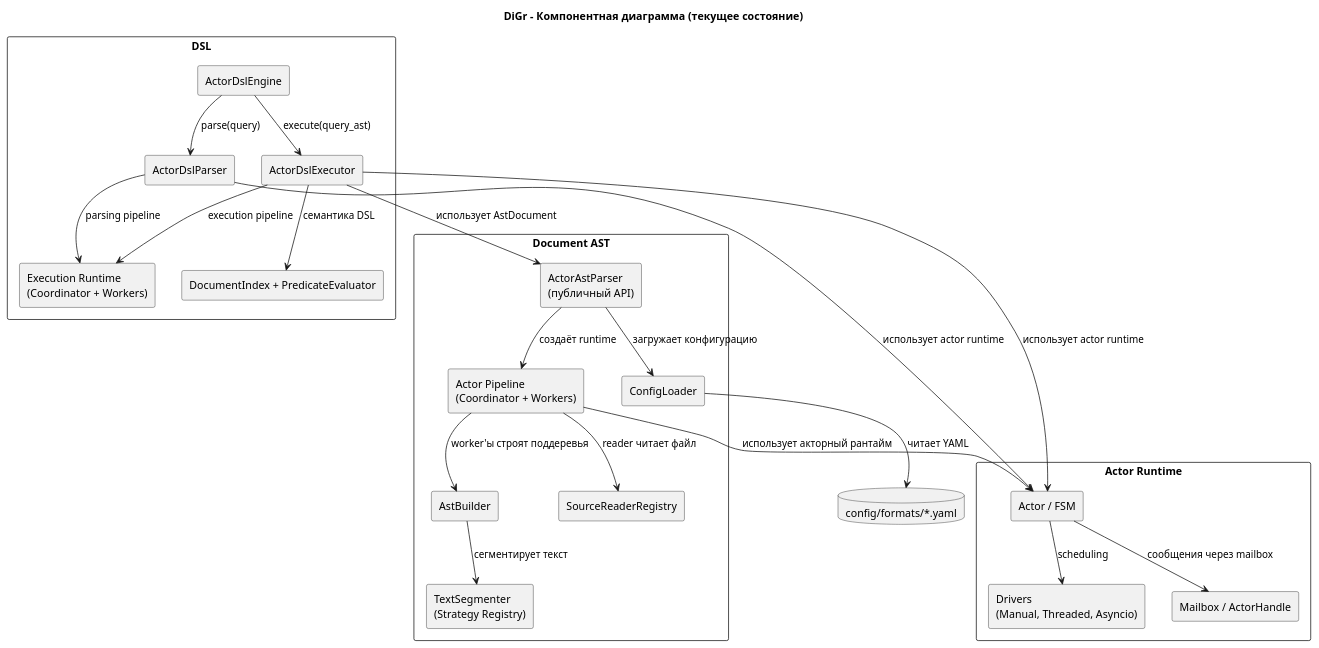
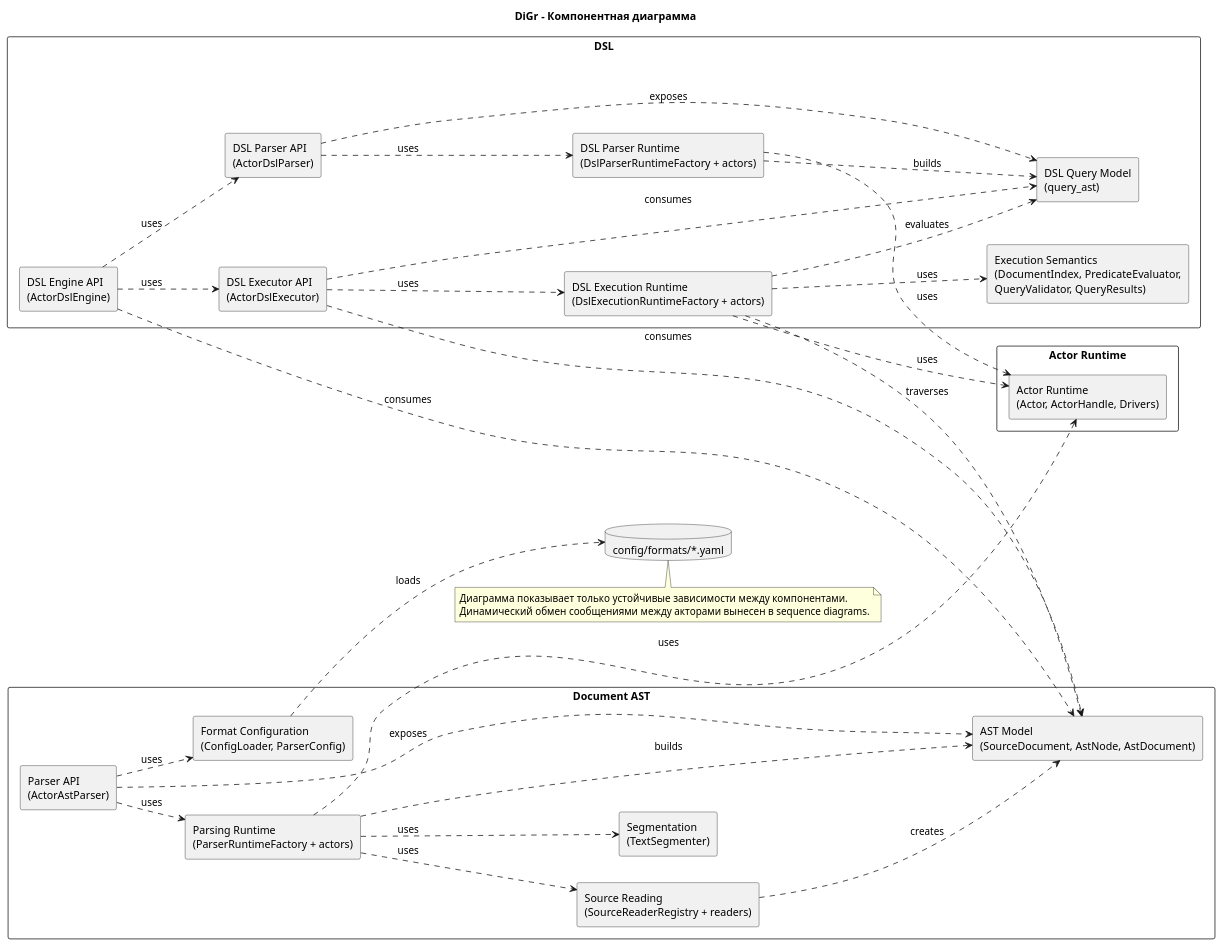
Before and after one commit to Forthey/DiGr: the diagram in docs/uml/component_overview.puml, drawn with PlantUML. The commit also changed 24 other files, not shown here.

```diff
--- a/docs/uml/component_overview.puml
+++ b/docs/uml/component_overview.puml
@@ -1,56 +1,71 @@
 @startuml
+left to right direction
 skinparam shadowing false
 skinparam componentStyle rectangle
 skinparam packageStyle rectangle
 
-title DiGr - Компонентная диаграмма (текущее состояние)
+title DiGr - Компонентная диаграмма
+
+package "Actor Runtime" as actor {
+  component "Actor Runtime\n(Actor, ActorHandle, Drivers)" as actor_runtime
+}
 
 package "Document AST" as ast {
-  [ActorAstParser\n(публичный API)] as api
-  [ConfigLoader] as cl
-  [Actor Pipeline\n(Coordinator + Workers)] as pipeline
-  [AstBuilder] as builder
-  [TextSegmenter\n(Strategy Registry)] as seg
-  [SourceReaderRegistry] as srr
-}
-
-package "Actor Runtime" as actor {
-  [Actor / FSM] as core
-  [Drivers\n(Manual, Threaded, Asyncio)] as drivers
-  [Mailbox / ActorHandle] as mh
+  component "Parser API\n(ActorAstParser)" as ast_api
+  component "Format Configuration\n(ConfigLoader, ParserConfig)" as ast_config
+  component "Parsing Runtime\n(ParserRuntimeFactory + actors)" as ast_runtime
+  component "Source Reading\n(SourceReaderRegistry + readers)" as ast_source
+  component "Segmentation\n(TextSegmenter)" as ast_seg
+  component "AST Model\n(SourceDocument, AstNode, AstDocument)" as ast_model
 }
 
 package "DSL" as dsl {
-  [ActorDslParser] as dsl_parser
-  [ActorDslExecutor] as dsl_executor
-  [ActorDslEngine] as dsl_engine
-  [Execution Runtime\n(Coordinator + Workers)] as dsl_runtime
-  [DocumentIndex + PredicateEvaluator] as dsl_eval
+  component "DSL Parser API\n(ActorDslParser)" as dsl_parser_api
+  component "DSL Parser Runtime\n(DslParserRuntimeFactory + actors)" as dsl_parser_runtime
+  component "DSL Executor API\n(ActorDslExecutor)" as dsl_executor_api
+  component "DSL Execution Runtime\n(DslExecutionRuntimeFactory + actors)" as dsl_execution_runtime
+  component "DSL Engine API\n(ActorDslEngine)" as dsl_engine_api
+  component "DSL Query Model\n(query_ast)" as dsl_query_model
+  component "Execution Semantics\n(DocumentIndex, PredicateEvaluator,\nQueryValidator, QueryResults)" as dsl_execution_semantics
 }
 
-database "config/formats/*.yaml" as config
+database "config/formats/*.yaml" as format_configs
 
-api --> cl : загружает конфигурацию
-api --> pipeline : создаёт runtime
-cl --> config : читает YAML
+ast_api ..> ast_config : uses
+ast_api ..> ast_runtime : uses
+ast_api ..> ast_model : exposes
 
-pipeline --> core : использует акторный рантайм
-pipeline --> builder : worker'ы строят поддеревья
-pipeline --> srr : reader читает файл
-builder --> seg : сегментирует текст
+ast_config ..> format_configs : loads
 
-core --> mh : сообщения через mailbox
-core --> drivers : scheduling
+ast_runtime ..> actor_runtime : uses
+ast_runtime ..> ast_source : uses
+ast_runtime ..> ast_seg : uses
+ast_runtime ..> ast_model : builds
 
-dsl_parser --> core : использует actor runtime
-dsl_parser --> dsl_runtime : parsing pipeline
+ast_source ..> ast_model : creates
 
-dsl_executor --> api : использует AstDocument
-dsl_executor --> core : использует actor runtime
-dsl_executor --> dsl_runtime : execution pipeline
-dsl_executor --> dsl_eval : семантика DSL
+dsl_parser_api ..> dsl_parser_runtime : uses
+dsl_parser_api ..> dsl_query_model : exposes
 
-dsl_engine --> dsl_parser : parse(query)
-dsl_engine --> dsl_executor : execute(query_ast)
+dsl_parser_runtime ..> actor_runtime : uses
+dsl_parser_runtime ..> dsl_query_model : builds
+
+dsl_executor_api ..> dsl_execution_runtime : uses
+dsl_executor_api ..> ast_model : consumes
+dsl_executor_api ..> dsl_query_model : consumes
+
+dsl_execution_runtime ..> actor_runtime : uses
+dsl_execution_runtime ..> ast_model : traverses
+dsl_execution_runtime ..> dsl_query_model : evaluates
+dsl_execution_runtime ..> dsl_execution_semantics : uses
+
+dsl_engine_api ..> dsl_parser_api : uses
+dsl_engine_api ..> dsl_executor_api : uses
+dsl_engine_api ..> ast_model : consumes
+
+note bottom
+  Диаграмма показывает только устойчивые зависимости между компонентами.
+  Динамический обмен сообщениями между акторами вынесен в sequence diagrams.
+end note
 
 @enduml
```
